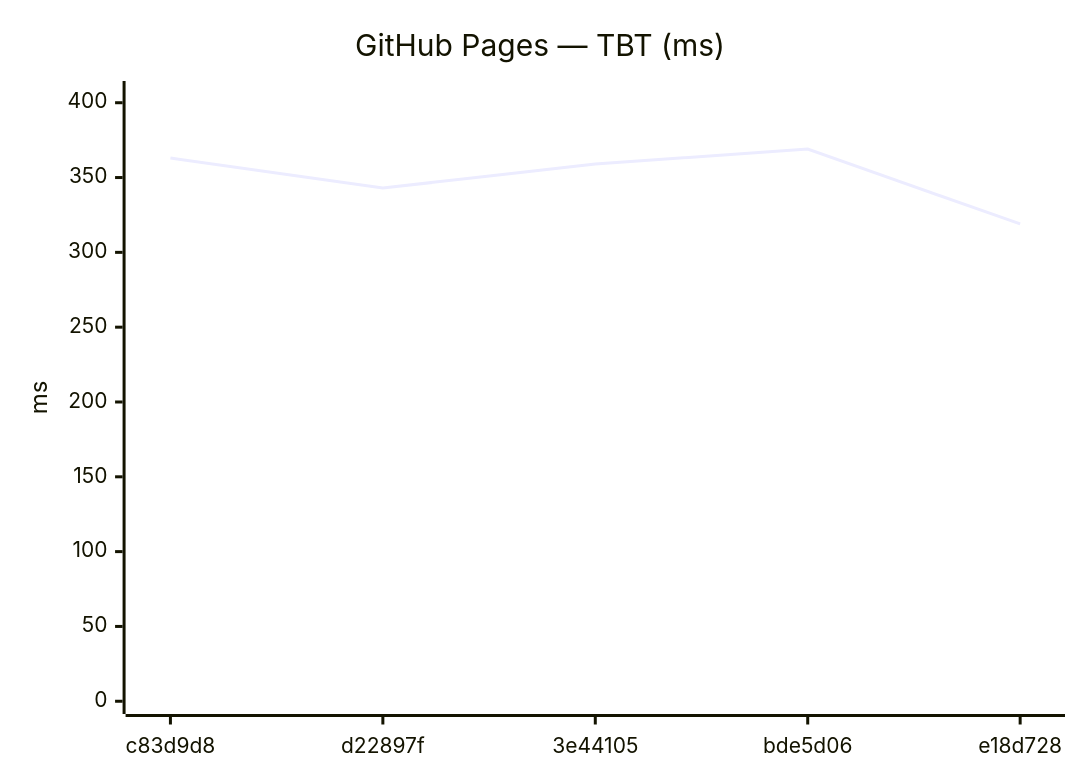
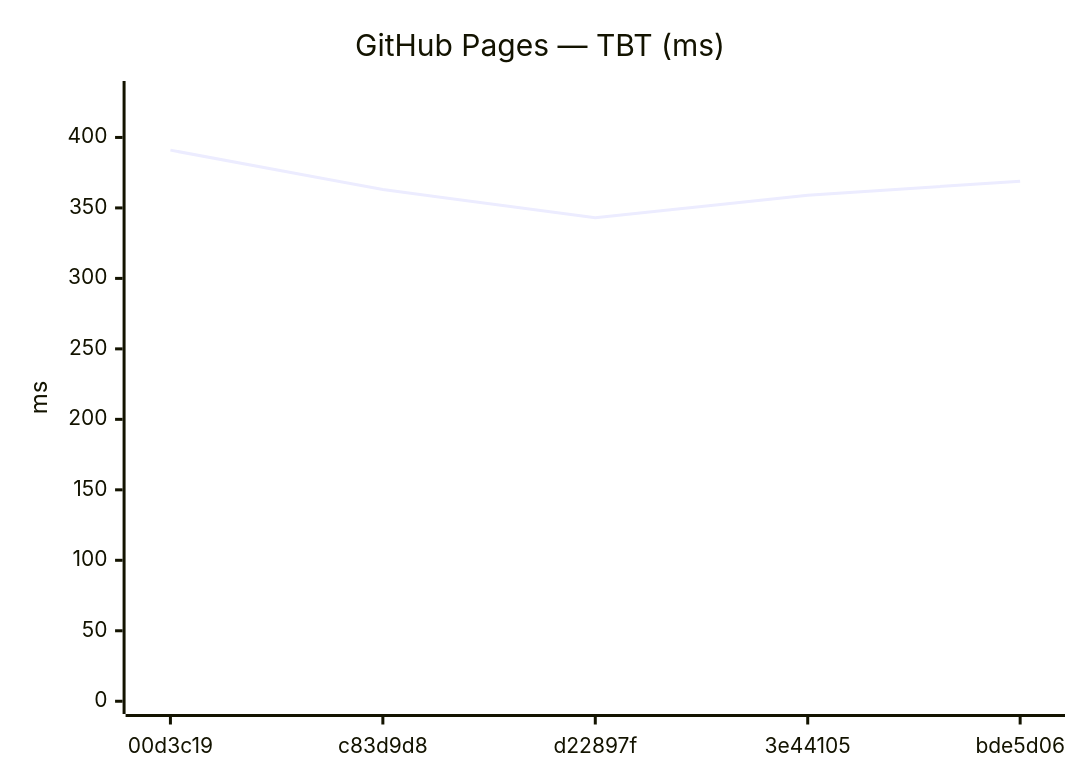
The tenth of 18 diagrams in benchmarks/compare.md (Metaheurist/Rianell), drawn with Mermaid before and after one commit. The commit also changed other lines of this file and 11 other files, not shown here.

````diff
--- a/benchmarks/compare.md
+++ b/benchmarks/compare.md
@@ -149,7 +149,7 @@
 ```mermaid
 xychart-beta
     title "GitHub Pages — TBT (ms)"
-    x-axis ["c83d9d8", "d22897f", "3e44105", "bde5d06", "e18d728"]
-    y-axis "ms" 0 --> 406
-    line [363, 343, 359, 369, 319]
+    x-axis ["00d3c19", "c83d9d8", "d22897f", "3e44105", "bde5d06"]
+    y-axis "ms" 0 --> 431
+    line [391, 363, 343, 359, 369]
 ```
````
